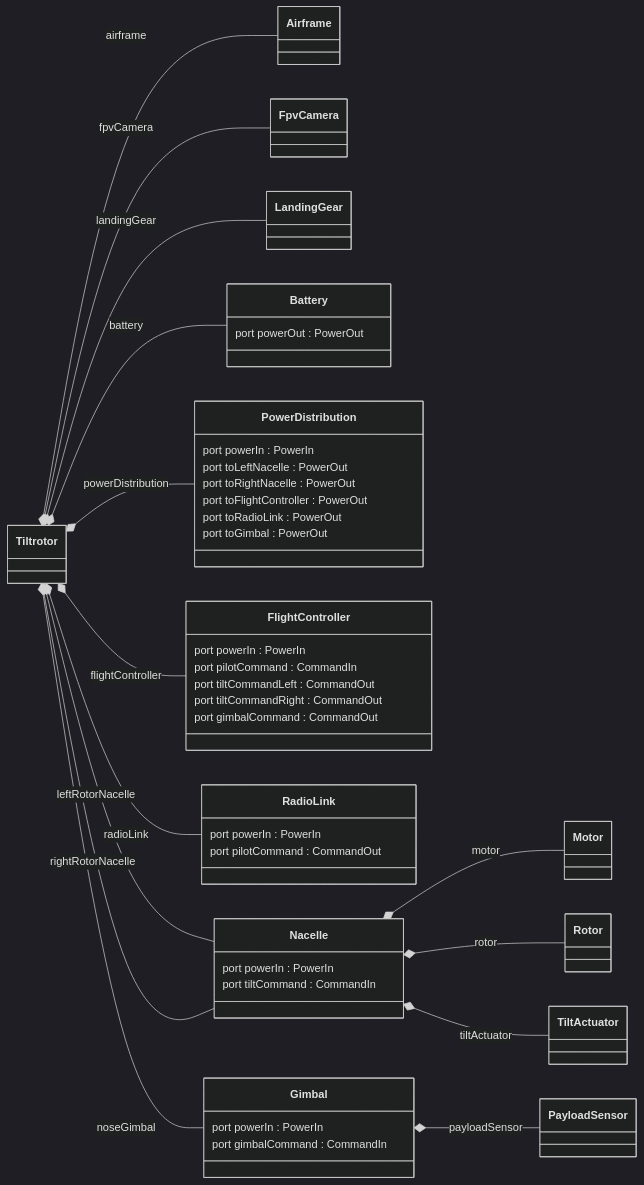
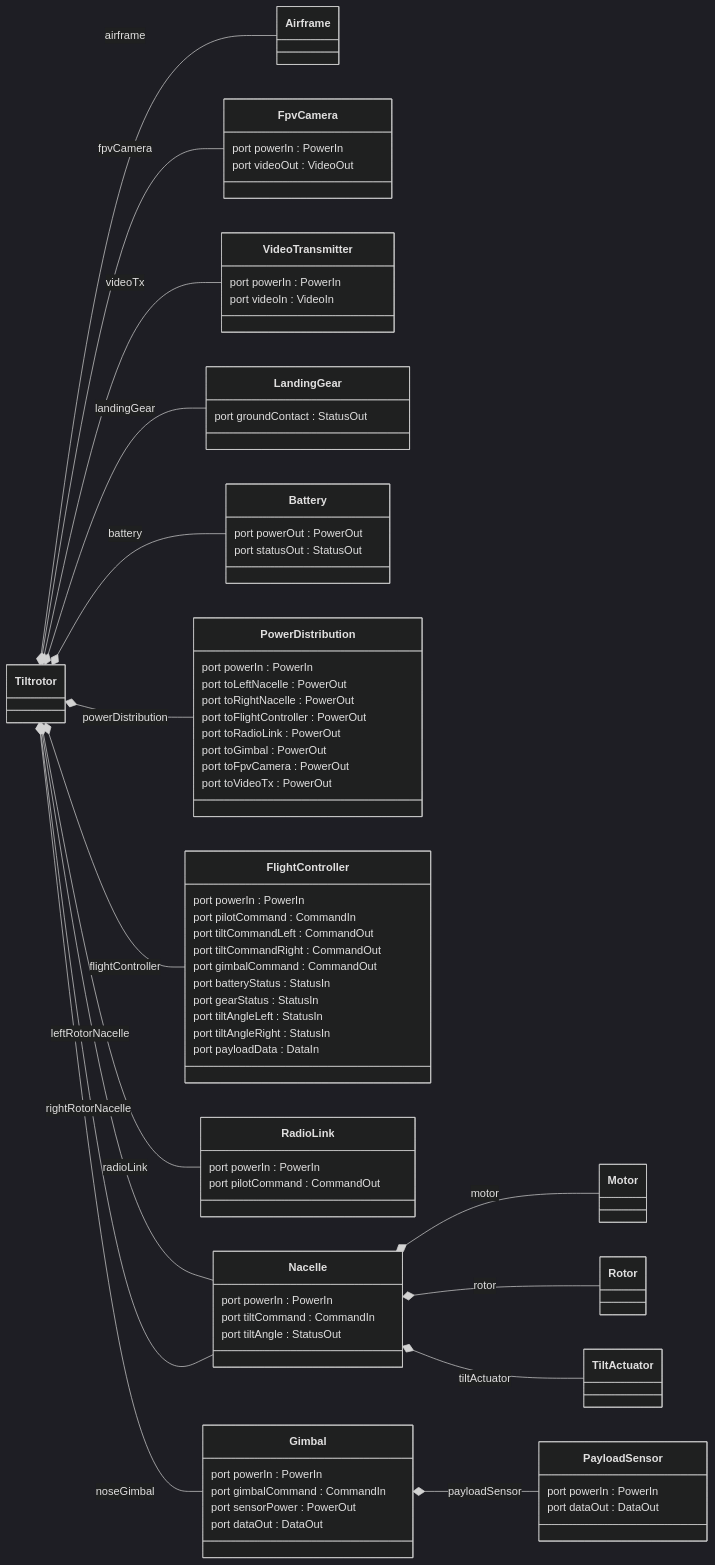
The diagram in docs/views/bdd.mmd (BennyGodwinM/Tilt-Rotor-Reqs), drawn with Mermaid (dark theme) before and after one commit. The commit also changed 10 other files, not shown here.

First line of the commit message:
Add architecture ports and connections for FPV, payload, gear, battery status and tilt sensing; add SysON loader

```diff
--- a/docs/views/bdd.mmd
+++ b/docs/views/bdd.mmd
@@ -1,54 +1,78 @@
 classDiagram
   direction LR
   class Airframe
   class Motor
   class Rotor
   class TiltActuator
-  class PayloadSensor
-  class FpvCamera
-  class LandingGear
+  class PayloadSensor {
+    port powerIn : PowerIn
+    port dataOut : DataOut
+  }
+  class FpvCamera {
+    port powerIn : PowerIn
+    port videoOut : VideoOut
+  }
+  class VideoTransmitter {
+    port powerIn : PowerIn
+    port videoIn : VideoIn
+  }
+  class LandingGear {
+    port groundContact : StatusOut
+  }
   class Battery {
     port powerOut : PowerOut
+    port statusOut : StatusOut
   }
   class PowerDistribution {
     port powerIn : PowerIn
     port toLeftNacelle : PowerOut
     port toRightNacelle : PowerOut
     port toFlightController : PowerOut
     port toRadioLink : PowerOut
     port toGimbal : PowerOut
+    port toFpvCamera : PowerOut
+    port toVideoTx : PowerOut
   }
   class FlightController {
     port powerIn : PowerIn
     port pilotCommand : CommandIn
     port tiltCommandLeft : CommandOut
     port tiltCommandRight : CommandOut
     port gimbalCommand : CommandOut
+    port batteryStatus : StatusIn
+    port gearStatus : StatusIn
+    port tiltAngleLeft : StatusIn
+    port tiltAngleRight : StatusIn
+    port payloadData : DataIn
   }
   class RadioLink {
     port powerIn : PowerIn
     port pilotCommand : CommandOut
   }
   class Nacelle {
     port powerIn : PowerIn
     port tiltCommand : CommandIn
+    port tiltAngle : StatusOut
   }
   class Gimbal {
     port powerIn : PowerIn
     port gimbalCommand : CommandIn
+    port sensorPower : PowerOut
+    port dataOut : DataOut
   }
   class Tiltrotor
   Tiltrotor *-- Airframe : airframe
   Tiltrotor *-- LandingGear : landingGear
   Tiltrotor *-- FpvCamera : fpvCamera
   Tiltrotor *-- Nacelle : leftRotorNacelle
   Tiltrotor *-- Nacelle : rightRotorNacelle
   Tiltrotor *-- Gimbal : noseGimbal
   Tiltrotor *-- Battery : battery
   Tiltrotor *-- PowerDistribution : powerDistribution
   Tiltrotor *-- FlightController : flightController
   Tiltrotor *-- RadioLink : radioLink
+  Tiltrotor *-- VideoTransmitter : videoTx
   Nacelle *-- Motor : motor
   Nacelle *-- Rotor : rotor
   Nacelle *-- TiltActuator : tiltActuator
   Gimbal *-- PayloadSensor : payloadSensor
```
